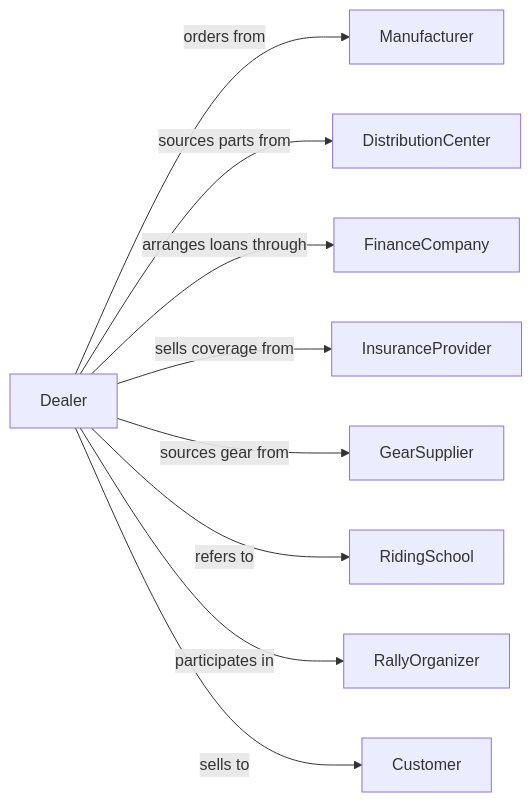
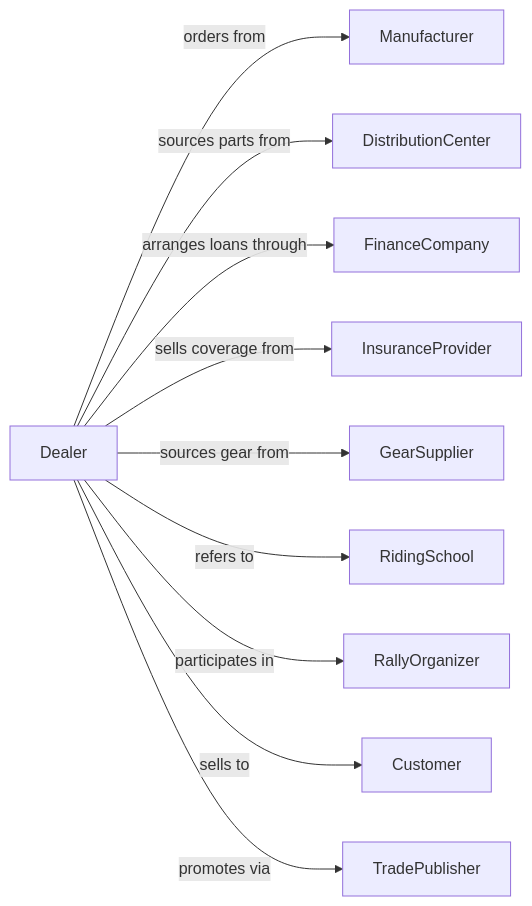
The second of 2 diagrams in RetailTrade/MotorVehicleAndPartsDealers/OtherMotorVehicleDealers/MotorcycleAtvAndAllOtherMotorVehicleDealers.mdx (dot-org-ai/industries.org.ai), drawn with Mermaid before and after one commit. The commit also changed 588 other files, not shown here.

````diff
--- a/RetailTrade/MotorVehicleAndPartsDealers/OtherMotorVehicleDealers/MotorcycleAtvAndAllOtherMotorVehicleDealers.mdx
+++ b/RetailTrade/MotorVehicleAndPartsDealers/OtherMotorVehicleDealers/MotorcycleAtvAndAllOtherMotorVehicleDealers.mdx
@@ -137,13 +137,14 @@
 ```mermaid
 graph LR
     D[Dealer]
 
     D -->|orders from| Manufacturer
     D -->|sources parts from| DistributionCenter
     D -->|arranges loans through| FinanceCompany
     D -->|sells coverage from| InsuranceProvider
     D -->|sources gear from| GearSupplier
     D -->|refers to| RidingSchool
     D -->|participates in| RallyOrganizer
     D -->|sells to| Customer
+    D -->|promotes via| TradePublisher
 ```
````
